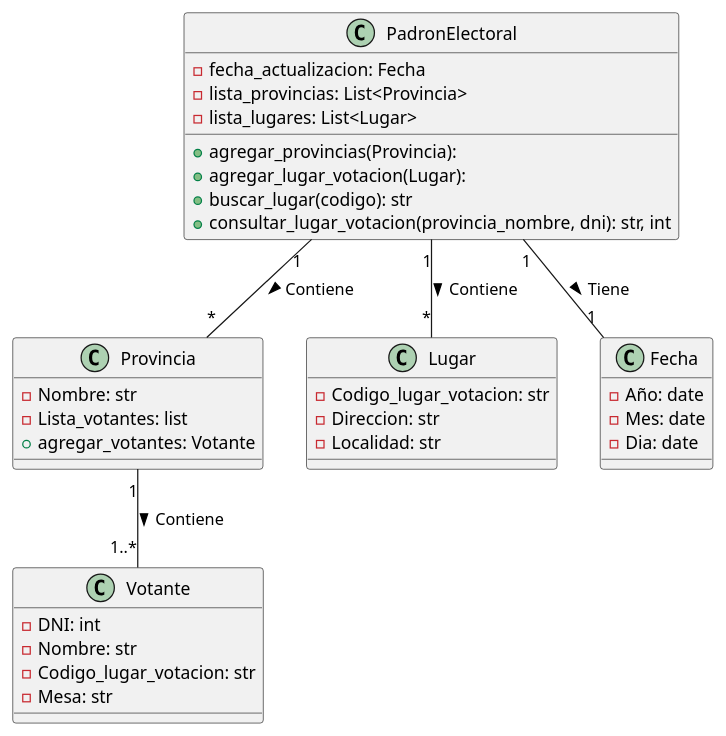
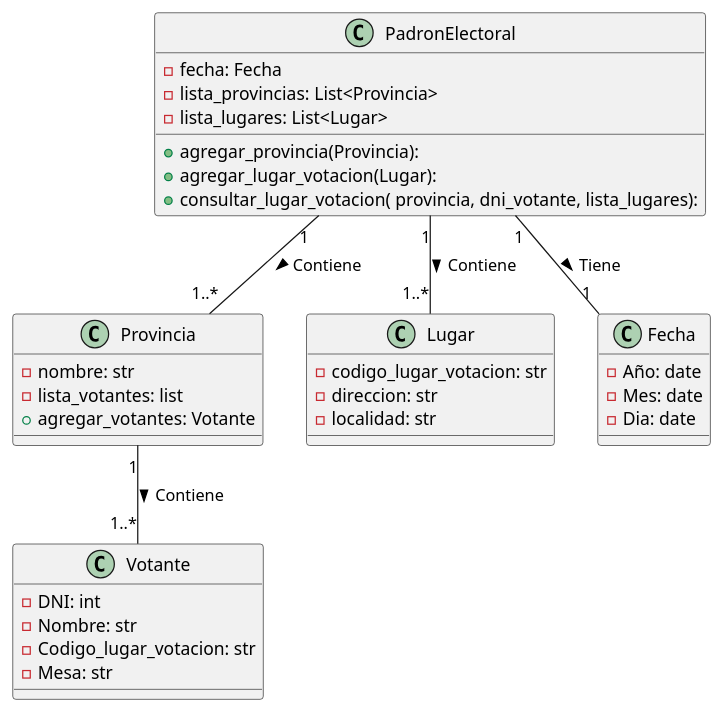
Before and after one commit to FreddyUnemi2025/Taller-1: the diagram in Ejercicio6/Modelo/modelo.puml, drawn with PlantUML. The commit also changed 6 other files, not shown here.

```diff
--- a/Ejercicio6/Modelo/modelo.puml
+++ b/Ejercicio6/Modelo/modelo.puml
@@ -1,44 +1,43 @@
 @startuml
 
 class Votante {
     - DNI: int
     - Nombre: str
     - Codigo_lugar_votacion: str
     - Mesa: str
 }
 
 class Provincia {
-    - Nombre: str
-    - Lista_votantes: list
+    - nombre: str
+    - lista_votantes: list
     + agregar_votantes: Votante
 }
 
 class Lugar {
-    - Codigo_lugar_votacion: str
-    - Direccion: str 
-    - Localidad: str
+    - codigo_lugar_votacion: str
+    - direccion: str 
+    - localidad: str
 }
 
 
 class PadronElectoral {
-    - fecha_actualizacion: Fecha
+    - fecha: Fecha
     - lista_provincias: List<Provincia>
     - lista_lugares: List<Lugar>
-    + agregar_provincias(Provincia):
+    + agregar_provincia(Provincia):
     + agregar_lugar_votacion(Lugar):
-    + buscar_lugar(codigo): str
-    + consultar_lugar_votacion(provincia_nombre, dni): str, int
+    + consultar_lugar_votacion( provincia, dni_votante, lista_lugares):
 }
 
 class Fecha {
     - Año: date
     - Mes: date
     - Dia: date
 }
 
 PadronElectoral "1" -- "1" Fecha: Tiene >
-PadronElectoral "1" -- "*" Lugar : Contiene >
-PadronElectoral "1" -- "*" Provincia : Contiene >
+PadronElectoral "1" -- "1..*" Lugar : Contiene >
+PadronElectoral "1" -- "1..*" Provincia : Contiene >
 Provincia "1" -- "1..*" Votante: Contiene >
 
 @enduml
```
